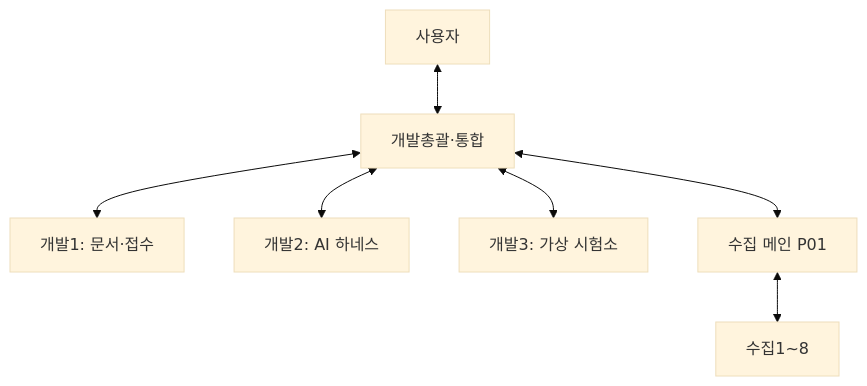
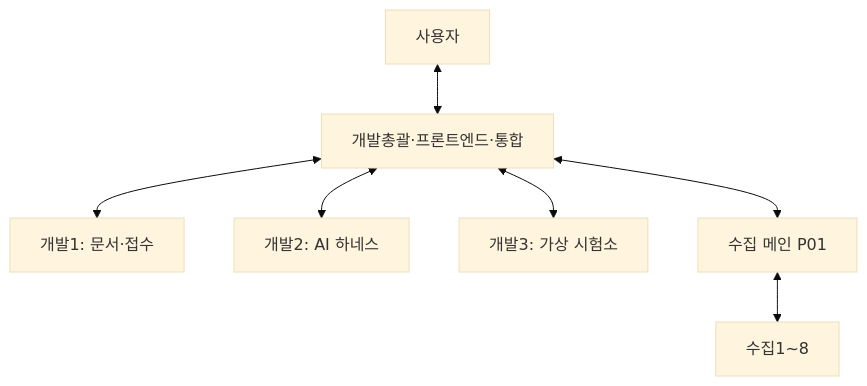
One commit to hctinno/DEVICE changed the diagram in handoff/development/README.md. Above: the diagram before and after it, drawn with Mermaid (base theme). The commit also changed other lines of this file and 2 other files, not shown here.

````diff
--- a/handoff/development/README.md
+++ b/handoff/development/README.md
@@ -9,9 +9,9 @@
 ```mermaid
 flowchart TD
-    U[사용자] <--> D[개발총괄·통합]
+    U[사용자] <--> D[개발총괄·프론트엔드·통합]
     D <--> D1[개발1: 문서·접수]
     D <--> D2[개발2: AI 하네스]
     D <--> D3[개발3: 가상 시험소]
     D <--> P[수집 메인 P01]
     P <--> C[수집1~8]
 ```
````
